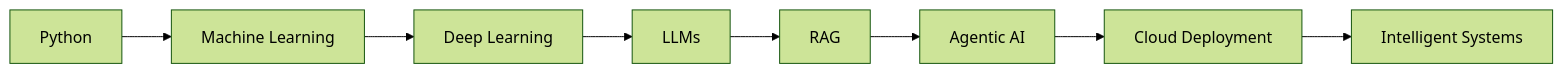
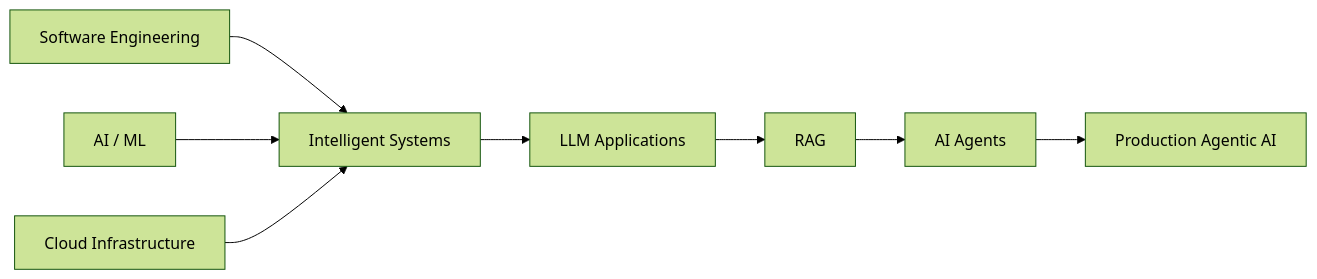
The diagram in README.md (Rehanshaikh7786/Rehanshaikh7786), drawn with Mermaid (forest theme) before and after one commit. The commit also changed other lines of this file, not shown here.

````diff
--- a/README.md
+++ b/README.md
@@ -55,10 +191,10 @@
 ```mermaid
 flowchart LR
-    A[Python] --> B[Machine Learning]
-    B --> C[Deep Learning]
-    C --> D[LLMs]
-    D --> E[RAG]
-    E --> F[Agentic AI]
-    F --> G[Cloud Deployment]
-    G --> H[Intelligent Systems]
+    A[Software Engineering] --> D[Intelligent Systems]
+    B[AI / ML] --> D
+    C[Cloud Infrastructure] --> D
+    D --> E[LLM Applications]
+    E --> F[RAG]
+    F --> G[AI Agents]
+    G --> H[Production Agentic AI]
 ```
````
